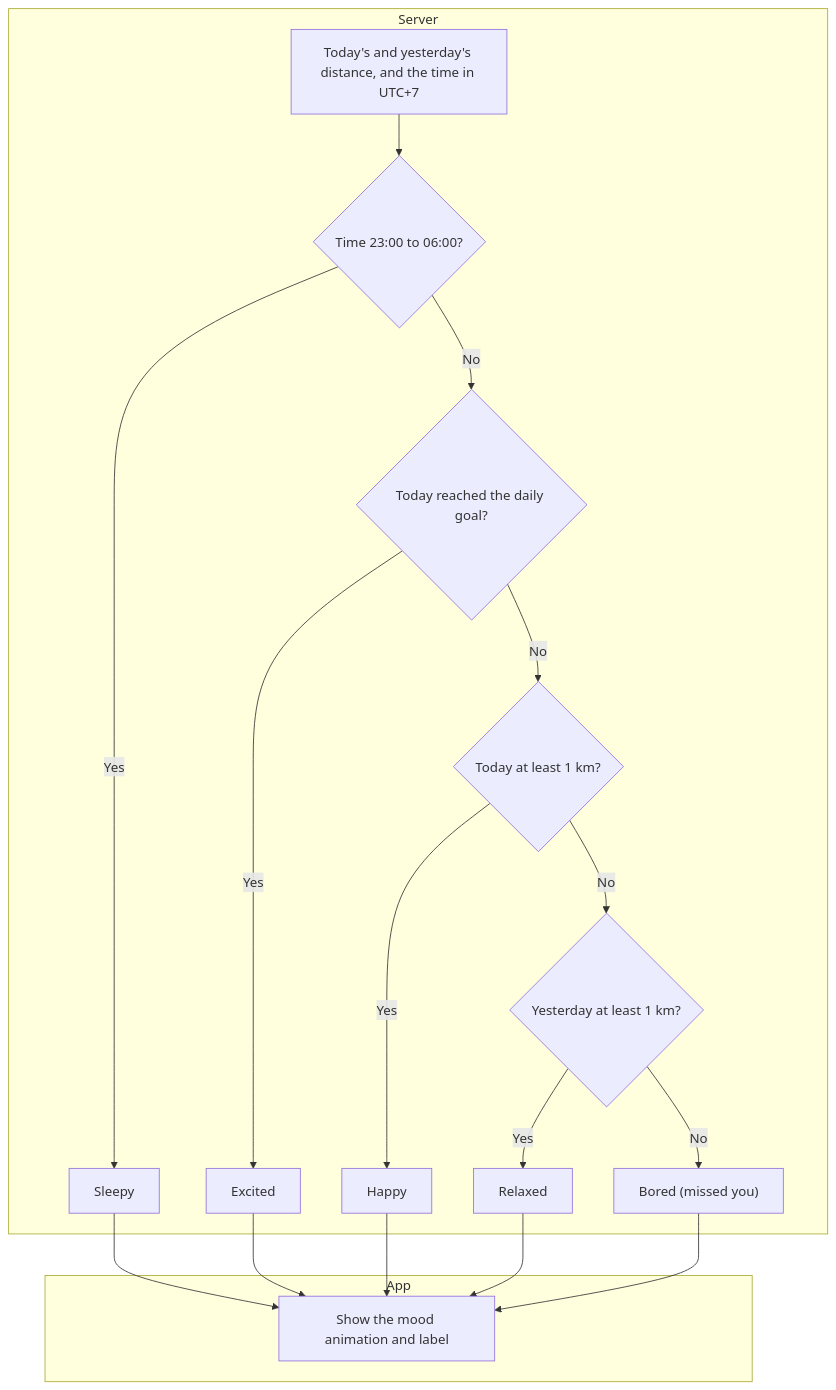
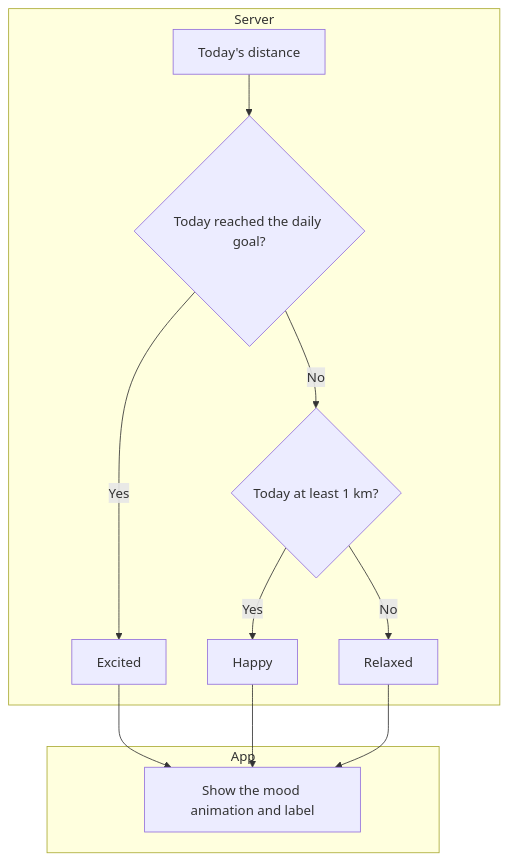
Before and after one commit to zhangs-tech/runtomo: the diagram in docs/usecases/UC-10-update-tomo-mood.md, drawn with Mermaid. The commit also changed other lines of this file and 10 other files, not shown here.

````diff
--- a/docs/usecases/UC-10-update-tomo-mood.md
+++ b/docs/usecases/UC-10-update-tomo-mood.md
@@ -66,18 +64,14 @@
 ```mermaid
 flowchart TD
     subgraph Server
-        IN["Today's and yesterday's distance, and the time in UTC+7"] --> N{"Time 23:00 to 06:00?"}
-        N -- Yes --> SL["Sleepy"]
-        N -- No --> E{"Today reached the daily goal?"}
+        IN["Today's distance"] --> E{"Today reached the daily goal?"}
         E -- Yes --> EX["Excited"]
         E -- No --> H{"Today at least 1 km?"}
         H -- Yes --> HA["Happy"]
-        H -- No --> R{"Yesterday at least 1 km?"}
-        R -- Yes --> RE["Relaxed"]
-        R -- No --> BO["Bored (missed you)"]
+        H -- No --> RE["Relaxed"]
     end
     subgraph App
         SHOW["Show the mood animation and label"]
     end
-    SL & EX & HA & RE & BO --> SHOW
+    EX & HA & RE --> SHOW
 ```
````
